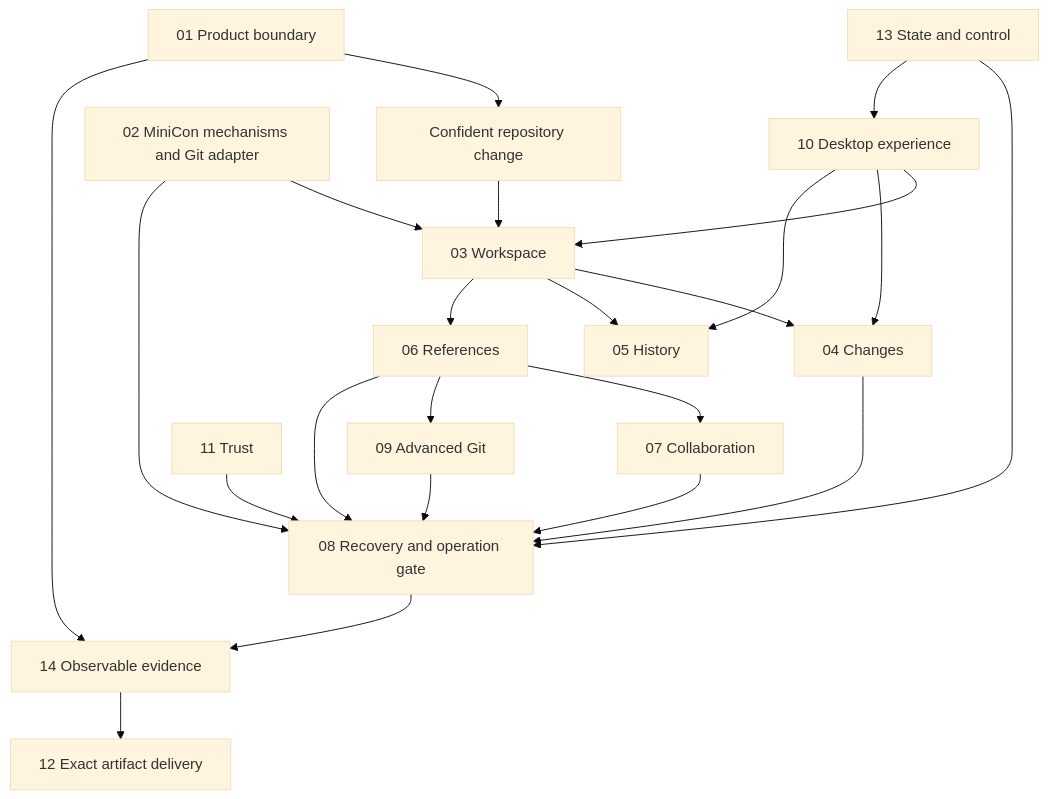
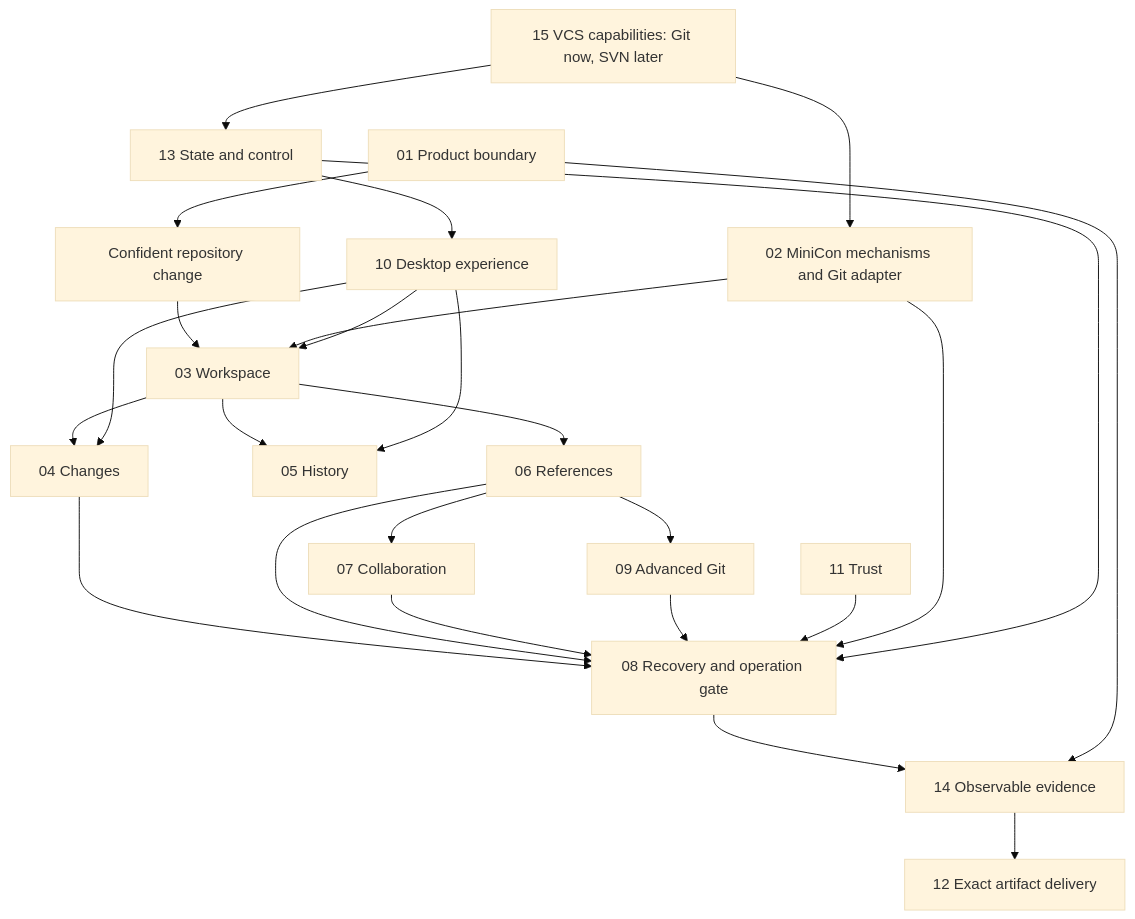
The diagram in PRD.md (partnernetsoftware/minicon-srcmgr), drawn with Mermaid (base theme) before and after one commit. The commit also changed other lines of this file and 9 other files, not shown here.

````diff
--- a/PRD.md
+++ b/PRD.md
@@ -25,14 +26,15 @@
 ```mermaid
 flowchart TD
     U["Confident repository change"] --> W["03 Workspace"]
     W --> C["04 Changes"] & H["05 History"] & B["06 References"]
     B --> R["07 Collaboration"] & A["09 Advanced Git"]
     C & B & R & A --> G["08 Recovery and operation gate"]
     S["11 Trust"] --> G
     F["02 MiniCon mechanisms and Git adapter"] --> W & G
     X["10 Desktop experience"] --> W & C & H
     P["13 State and control"] --> G & X
     G --> E["14 Observable evidence"]
     E --> D["12 Exact artifact delivery"]
     O["01 Product boundary"] --> U & E
+    V["15 VCS capabilities: Git now, SVN later"] --> F & P
 ```
````
